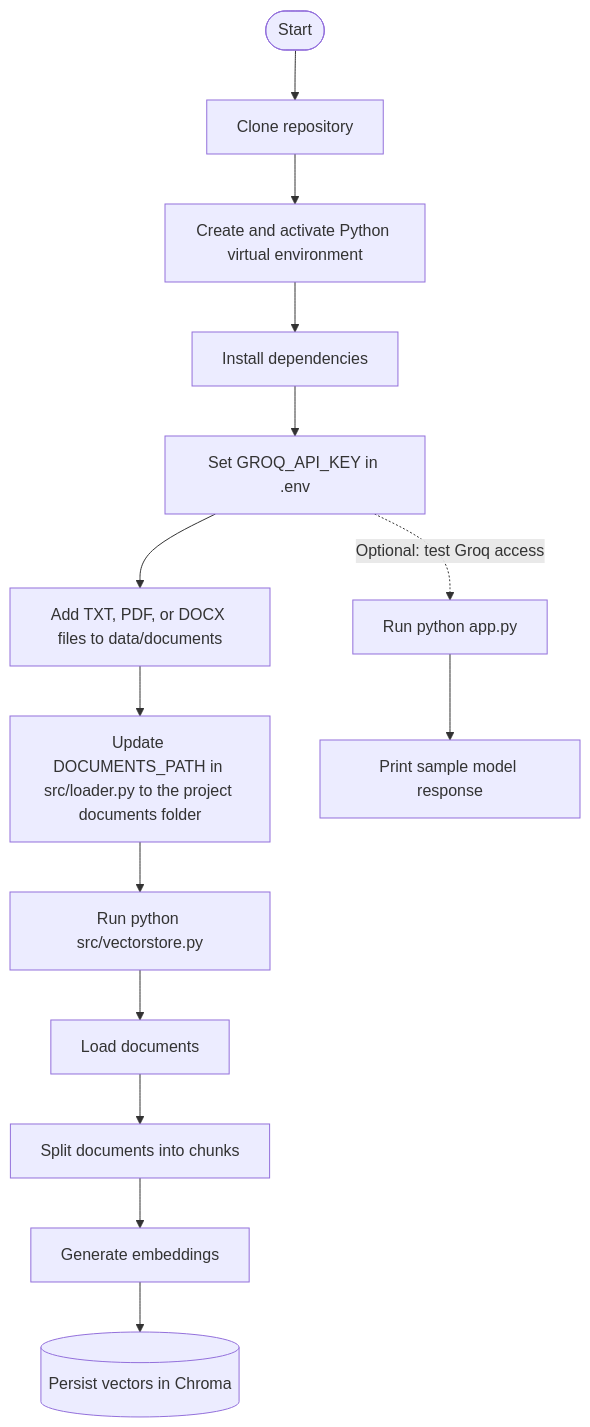
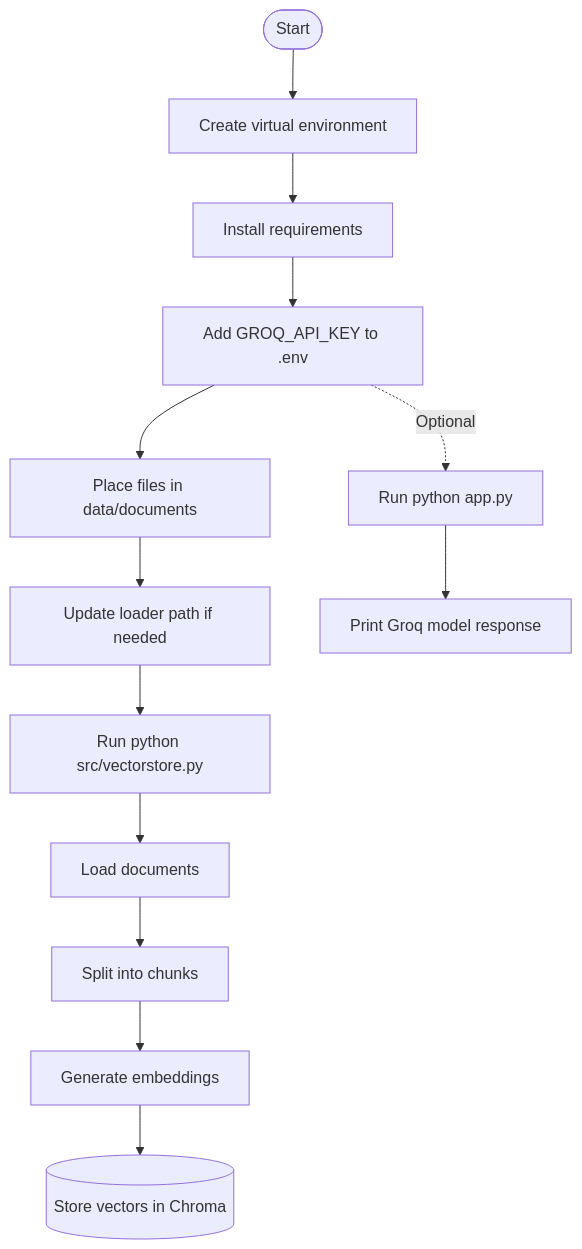
The diagram in Readme.md (gopalgupta-tech/Document-Grounded_RAG), drawn with Mermaid before and after one commit. The commit also changed other lines of this file, not shown here.

Commit message:
Rewrite README in the style of the AGENTS.md / ReadMe blog guidance: concise, action-oriented, clear structure and execution flow

````diff
--- a/Readme.md
+++ b/Readme.md
@@ -56,16 +92,15 @@
 ```mermaid
 flowchart TD
-    A([Start]) --> B[Clone repository]
-    B --> C[Create and activate Python virtual environment]
-    C --> D[Install dependencies]
-    D --> E[Set GROQ_API_KEY in .env]
-    E --> F[Add TXT, PDF, or DOCX files to data/documents]
-    F --> G[Update DOCUMENTS_PATH in src/loader.py to the project documents folder]
-    G --> H[Run python src/vectorstore.py]
-    H --> I[Load documents]
-    I --> J[Split documents into chunks]
-    J --> K[Generate embeddings]
-    K --> L[(Persist vectors in Chroma)]
-    E -. Optional: test Groq access .-> M[Run python app.py]
-    M --> N[Print sample model response]
+    A([Start]) --> B[Create virtual environment]
+    B --> C[Install requirements]
+    C --> D[Add GROQ_API_KEY to .env]
+    D --> E[Place files in data/documents]
+    E --> F[Update loader path if needed]
+    F --> G[Run python src/vectorstore.py]
+    G --> H[Load documents]
+    H --> I[Split into chunks]
+    I --> J[Generate embeddings]
+    J --> K[(Store vectors in Chroma)]
+    D -. Optional .-> L[Run python app.py]
+    L --> M[Print Groq model response]
 ```
````
